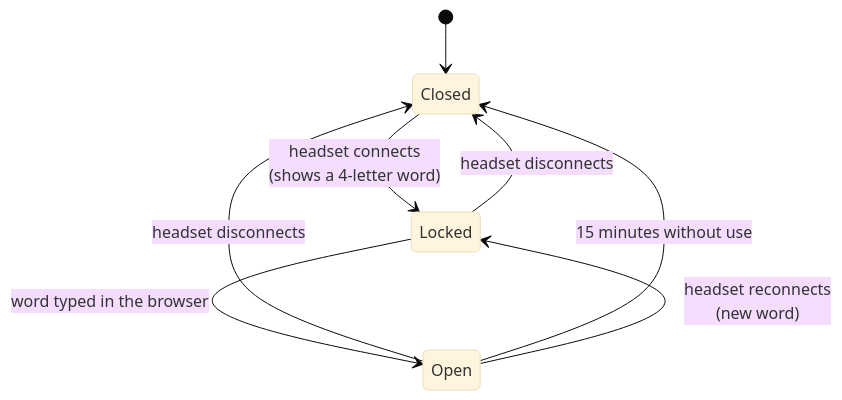
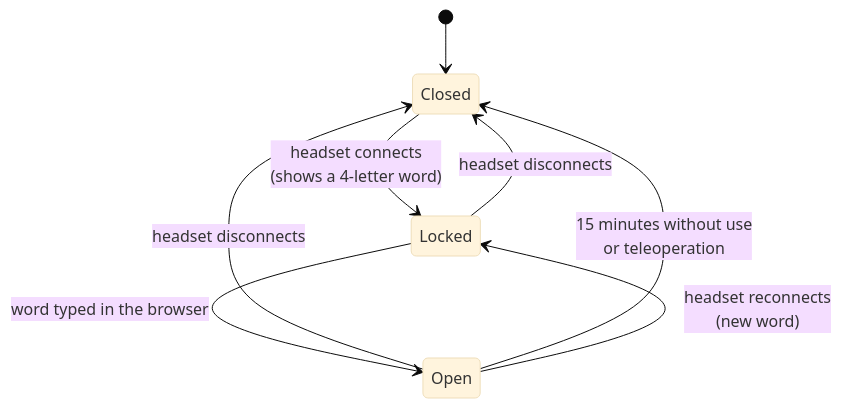
One commit to shawn-wandelbots/nova_teleop_bridge changed the fourth of 5 diagrams in README.md. Above: the diagram before and after it, drawn with Mermaid (base theme). The commit also changed other lines of this file and 3 other files, not shown here.

````diff
--- a/README.md
+++ b/README.md
@@ -146,10 +146,10 @@
 ```mermaid
 stateDiagram-v2
     [*] --> Closed
     Closed --> Locked: headset connects<br/>(shows a 4-letter word)
     Locked --> Open: word typed in the browser
     Open --> Closed: headset disconnects
-    Open --> Closed: 15 minutes without use
+    Open --> Closed: 15 minutes without use<br/>or teleoperation
     Locked --> Closed: headset disconnects
     Open --> Locked: headset reconnects<br/>(new word)
 ```
````
